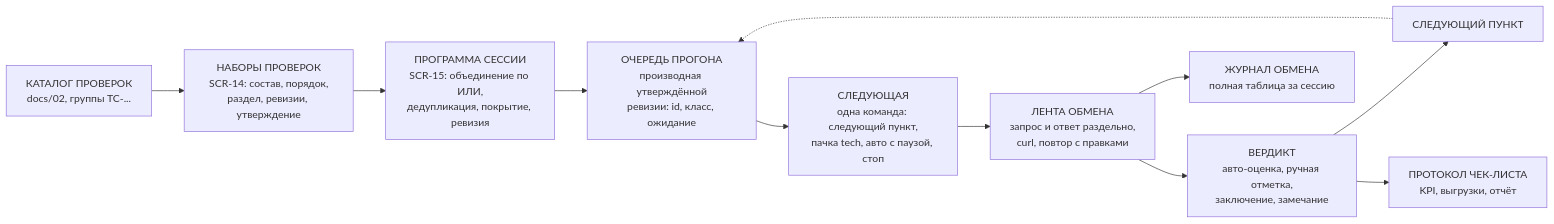
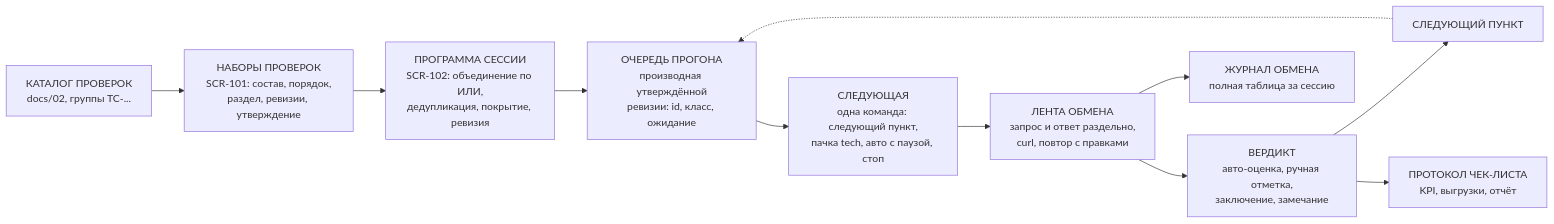
One commit to kiselevsl77-dot/TrainingServerAcceptance changed the second of 8 diagrams in docs/14. Концепт пульта — целевой бизнес-процесс испытаний.md. Above: the diagram before and after it, drawn with Mermaid. The commit also changed other lines of this file and 20 other files, not shown here.

First line of the commit message:
этап 2.0: перенумерация экранов — SCR-101…SCR-501 (раздел = сотни)

````diff
--- a/docs/14. Концепт пульта — целевой бизнес-процесс испытаний.md
+++ b/docs/14. Концепт пульта — целевой бизнес-процесс испытаний.md
@@ -144,16 +144,16 @@
 ```mermaid
 flowchart LR
     K["КАТАЛОГ ПРОВЕРОК<br/>docs/02, группы TC-..."]
-    S["НАБОРЫ ПРОВЕРОК<br/>SCR-14: состав, порядок,<br/>раздел, ревизии, утверждение"]
-    G["ПРОГРАММА СЕССИИ<br/>SCR-15: объединение по ИЛИ,<br/>дедупликация, покрытие, ревизия"]
+    S["НАБОРЫ ПРОВЕРОК<br/>SCR-101: состав, порядок,<br/>раздел, ревизии, утверждение"]
+    G["ПРОГРАММА СЕССИИ<br/>SCR-102: объединение по ИЛИ,<br/>дедупликация, покрытие, ревизия"]
     Q["ОЧЕРЕДЬ ПРОГОНА<br/>производная утверждённой<br/>ревизии: id, класс, ожидание"]
     C["СЛЕДУЮЩАЯ<br/>одна команда: следующий пункт,<br/>пачка tech, авто с паузой, стоп"]
     L["ЛЕНТА ОБМЕНА<br/>запрос и ответ раздельно,<br/>curl, повтор с правками"]
     V["ВЕРДИКТ<br/>авто-оценка, ручная отметка,<br/>заключение, замечание"]
     N["СЛЕДУЮЩИЙ ПУНКТ"]
 
     K --> S --> G --> Q --> C --> L --> V --> N
     N -.-> Q
     L --> X["ЖУРНАЛ ОБМЕНА<br/>полная таблица за сессию"]
     V --> Y["ПРОТОКОЛ ЧЕК-ЛИСТА<br/>KPI, выгрузки, отчёт"]
 ```
````
